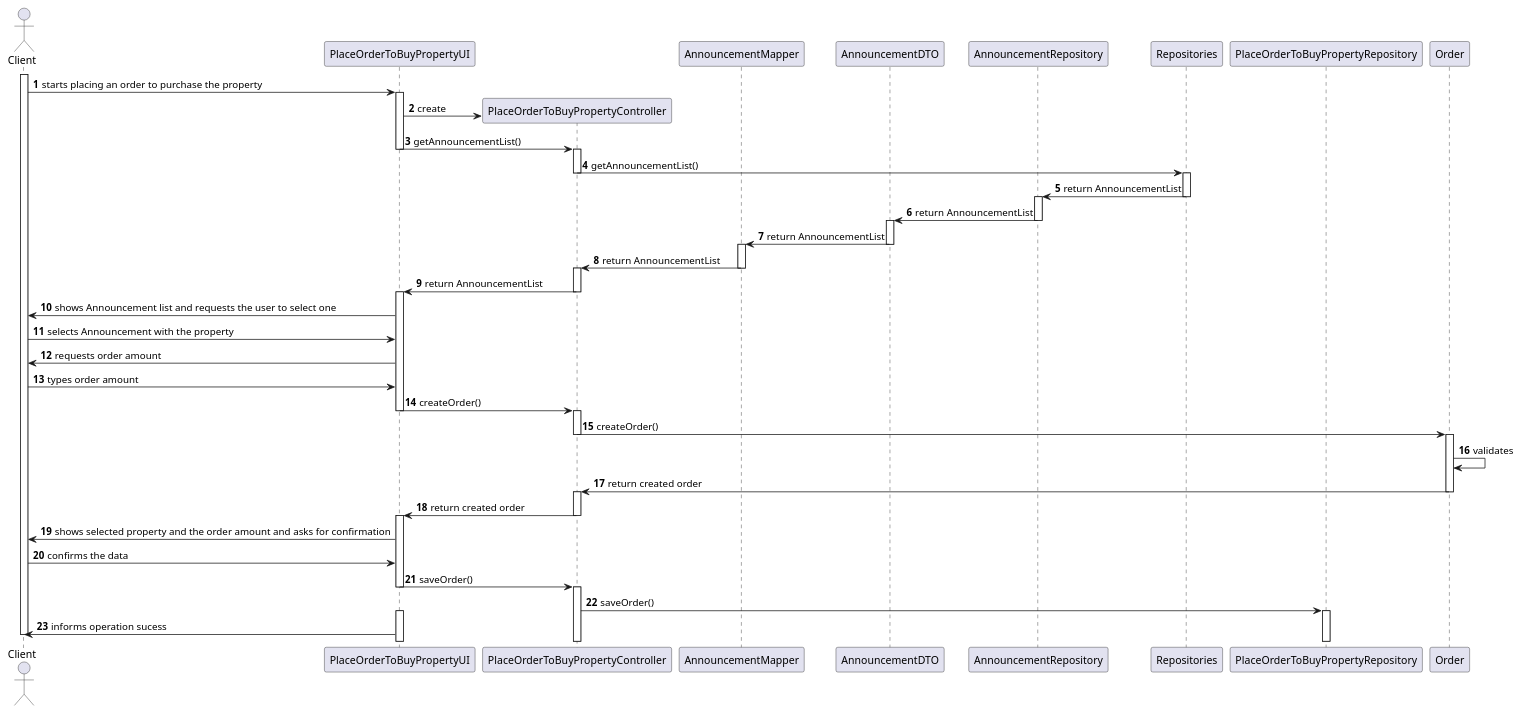
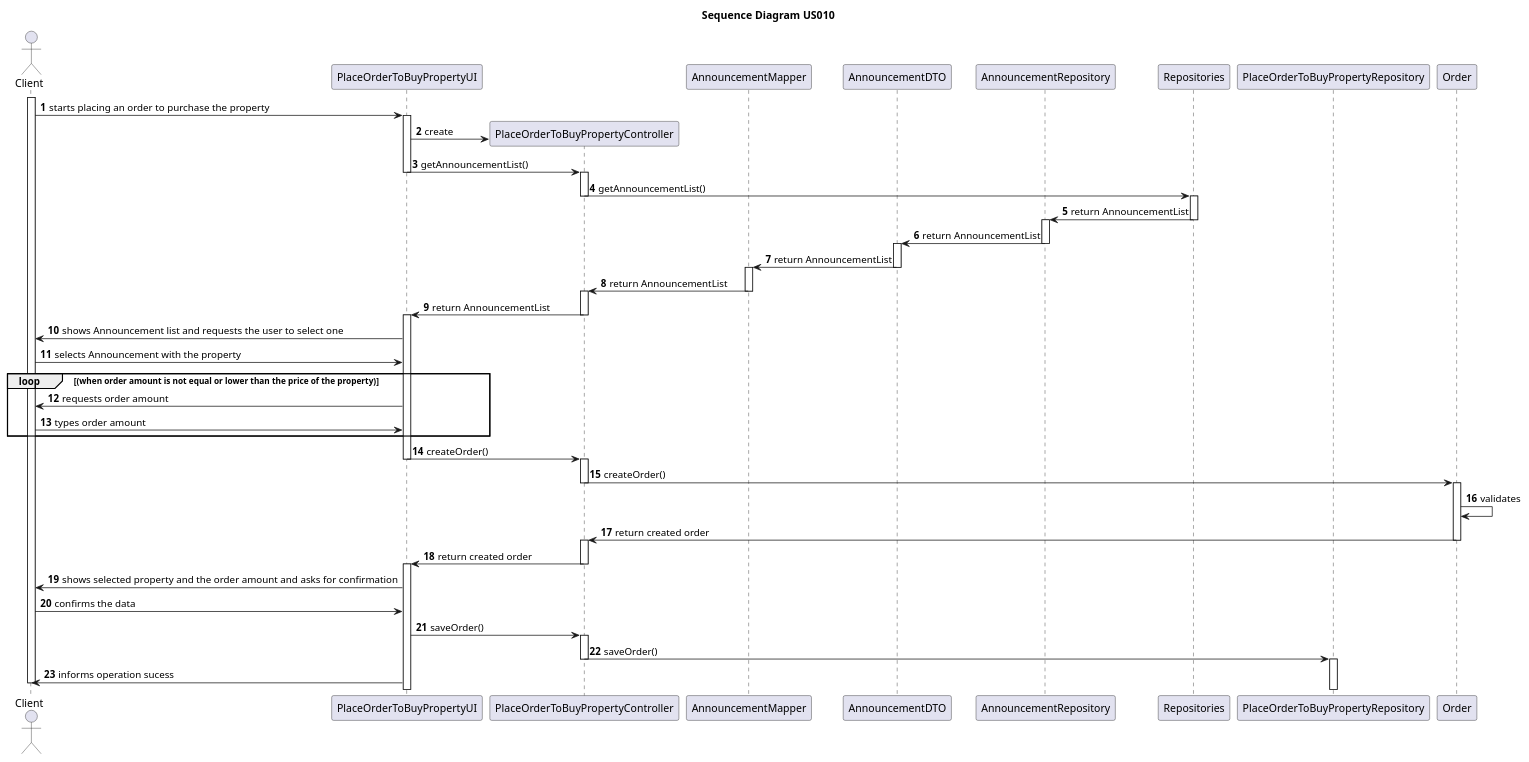
One commit to tiagohcorreia/LAPR2 changed the diagram in docs/sprintD/US010/03.design/puml/SD.puml. Above: the diagram before and after it, drawn with PlantUML. The commit also changed 9 other files, not shown here.

Commit message:
[US010] System sequence diagram updated. Sequence diagram updated. Class diagram updated. Tests added

```diff
--- a/docs/sprintD/US010/03.design/puml/SD.puml
+++ b/docs/sprintD/US010/03.design/puml/SD.puml
@@ -1,108 +1,110 @@
 @startuml
 
-autonumber
+title Sequence Diagram US010
 
 actor Client as client
 participant PlaceOrderToBuyPropertyUI as ui
 participant PlaceOrderToBuyPropertyController as ctr
 participant AnnouncementMapper
 participant AnnouncementDTO
 participant AnnouncementRepository
 participant Repositories
 participant PlaceOrderToBuyPropertyRepository
 participant Order as order
 
 autonumber
 
 activate client
 
 client -> ui: starts placing an order to purchase the property
 
 activate ui
 
 ui -> ctr** : create
 
 ui -> ctr: getAnnouncementList()
 
 deactivate ui
 activate ctr
 
 ctr -> Repositories: getAnnouncementList()
 
 deactivate ctr
 activate Repositories
 
 Repositories -> AnnouncementRepository: return AnnouncementList
 
 deactivate Repositories
 activate AnnouncementRepository
 
 AnnouncementRepository -> AnnouncementDTO: return AnnouncementList
 
 deactivate AnnouncementRepository
 activate AnnouncementDTO
 
 AnnouncementDTO -> AnnouncementMapper: return AnnouncementList
 
 deactivate AnnouncementDTO
 activate AnnouncementMapper
 
 AnnouncementMapper -> ctr:  return AnnouncementList
 
 deactivate AnnouncementMapper
 activate ctr
 
 ctr -> ui: return AnnouncementList
 
 deactivate ctr
 activate ui
 
 ui -> client: shows Announcement list and requests the user to select one
 
 client -> ui: selects Announcement with the property
 
-ui -> client: requests order amount
+loop (when order amount is not equal or lower than the price of the property)
 
-client -> ui: types order amount
+    ui -> client: requests order amount
+    client -> ui: types order amount
+
+end
 
 ui -> ctr: createOrder()
 
 deactivate ui
 activate ctr
 
 ctr -> order: createOrder()
 
 deactivate ctr
 activate order
 
 order -> order: validates
 
 order -> ctr: return created order
 
 deactivate order
 activate ctr
 
 ctr -> ui: return created order
 
 deactivate ctr
 activate ui
 
 ui -> client: shows selected property and the order amount and asks for confirmation
 
 client -> ui: confirms the data
 
 ui -> ctr: saveOrder()
 
-deactivate ui
 activate ctr
 
 ctr -> PlaceOrderToBuyPropertyRepository: saveOrder()
 
+deactivate ctr
 activate PlaceOrderToBuyPropertyRepository
-activate ui
 
 ui -> client: informs operation sucess
 
 deactivate client
 
 @enduml
```
